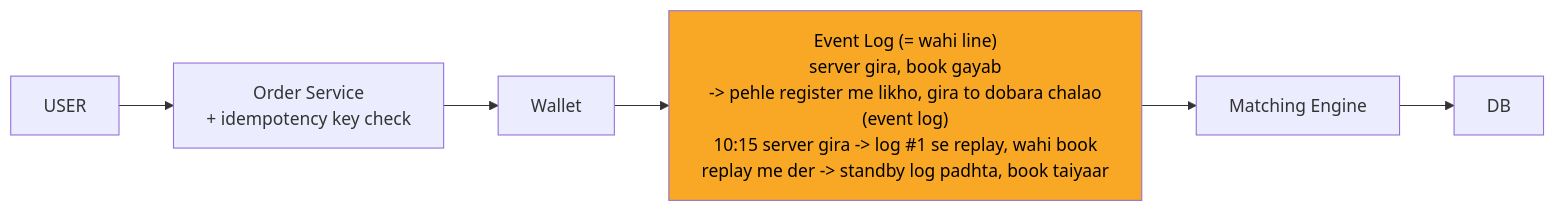
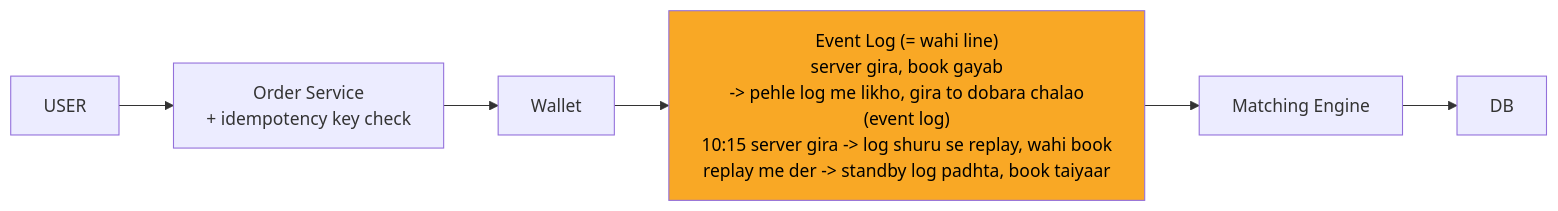
One commit to ArpanMaheshwari144/Prep changed the sixth of 10 diagrams in 04_HLD/SYSTEM_DESIGNS/05_stock_broker_trading/05_stock_broker_trading.md. Above: the diagram before and after it, drawn with Mermaid. The commit also changed other lines of this file and 12 other files, not shown here.

````diff
--- a/04_HLD/SYSTEM_DESIGNS/05_stock_broker_trading/05_stock_broker_trading.md
+++ b/04_HLD/SYSTEM_DESIGNS/05_stock_broker_trading/05_stock_broker_trading.md
@@ -235,16 +235,16 @@
 ```mermaid
 %%{init: {"flowchart": {"wrappingWidth": 450}}}%%
 flowchart LR
     n_USER["USER"]
     n_Order_Service["Order Service<br/>+ idempotency key check"]
     n_Wallet["Wallet"]
-    n_Event_Log["Event Log (= wahi line)<br/>server gira, book gayab<br/>-> pehle register me likho, gira to dobara chalao<br/>(event log)<br/>10:15 server gira -> log #1 se replay, wahi book<br/>replay me der -> standby log padhta, book taiyaar"]
+    n_Event_Log["Event Log (= wahi line)<br/>server gira, book gayab<br/>-> pehle log me likho, gira to dobara chalao<br/>(event log)<br/>10:15 server gira -> log shuru se replay, wahi book<br/>replay me der -> standby log padhta, book taiyaar"]
     n_Matching_Engine["Matching Engine"]
     n_DB["DB"]
     n_USER --> n_Order_Service
     n_Order_Service --> n_Wallet
     n_Wallet --> n_Event_Log
     n_Event_Log --> n_Matching_Engine
     n_Matching_Engine --> n_DB
     style n_Event_Log fill:#f9a825,color:#000
 ```
````
